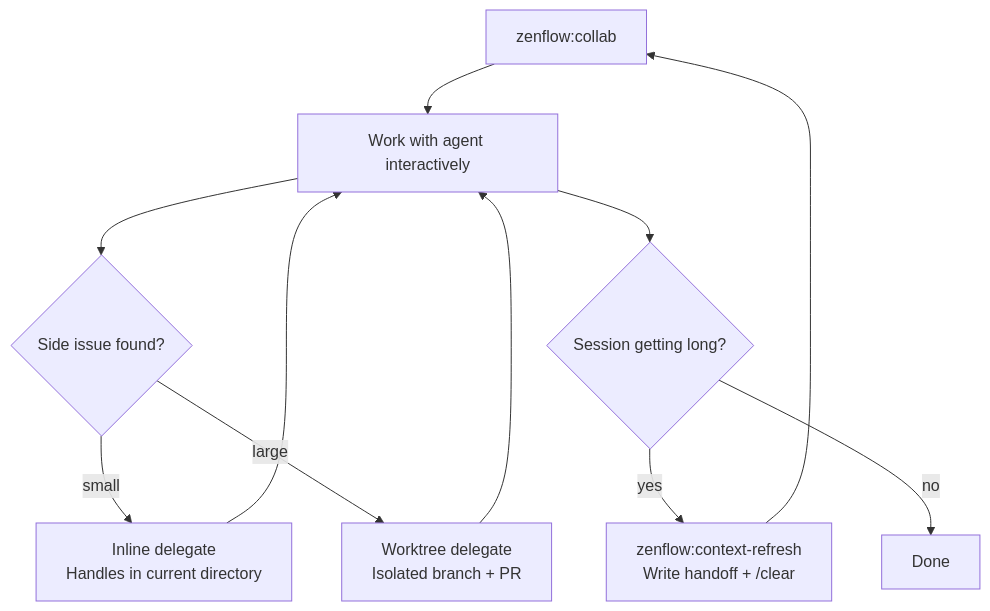
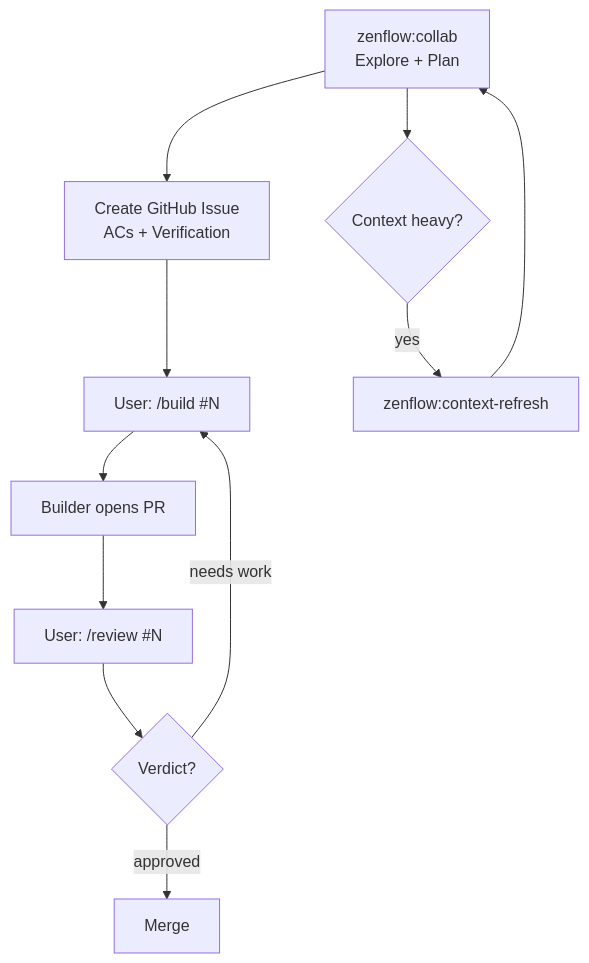
One commit to brewpirate/zen-flow changed the fourth of 4 diagrams in docs/plugins/zenflow/workflows.md. Above: the diagram before and after it, drawn with Mermaid. The commit also changed other lines of this file and 15 other files, not shown here.

First line of the commit message:
feat: 3-agent issue-driven workflow (collab → builder → reviewer)

````diff
--- a/docs/plugins/zenflow/workflows.md
+++ b/docs/plugins/zenflow/workflows.md
@@ -144,13 +150,13 @@
 ```mermaid
 flowchart TD
-    collab["zenflow:collab"] --> work["Work with agent interactively"]
-    work --> sideIssue{"Side issue found?"}
-    sideIssue -->|small| inline["Inline delegate\nHandles in current directory"]
-    sideIssue -->|large| worktree["Worktree delegate\nIsolated branch + PR"]
-    inline --> work
-    worktree --> work
-    work --> longSession{"Session getting long?"}
-    longSession -->|yes| refresh["zenflow:context-refresh\nWrite handoff + /clear"]
+    collab["zenflow:collab\nExplore + Plan"] --> issue["Create GitHub Issue\nACs + Verification"]
+    issue --> build["User: /build #N"]
+    build --> pr["Builder opens PR"]
+    pr --> review["User: /review #N"]
+    review --> verdict{"Verdict?"}
+    verdict -->|approved| merge["Merge"]
+    verdict -->|needs work| build
+    collab --> longSession{"Context heavy?"}
+    longSession -->|yes| refresh["zenflow:context-refresh"]
     refresh --> collab
-    longSession -->|no| done["Done"]
 ```
````
